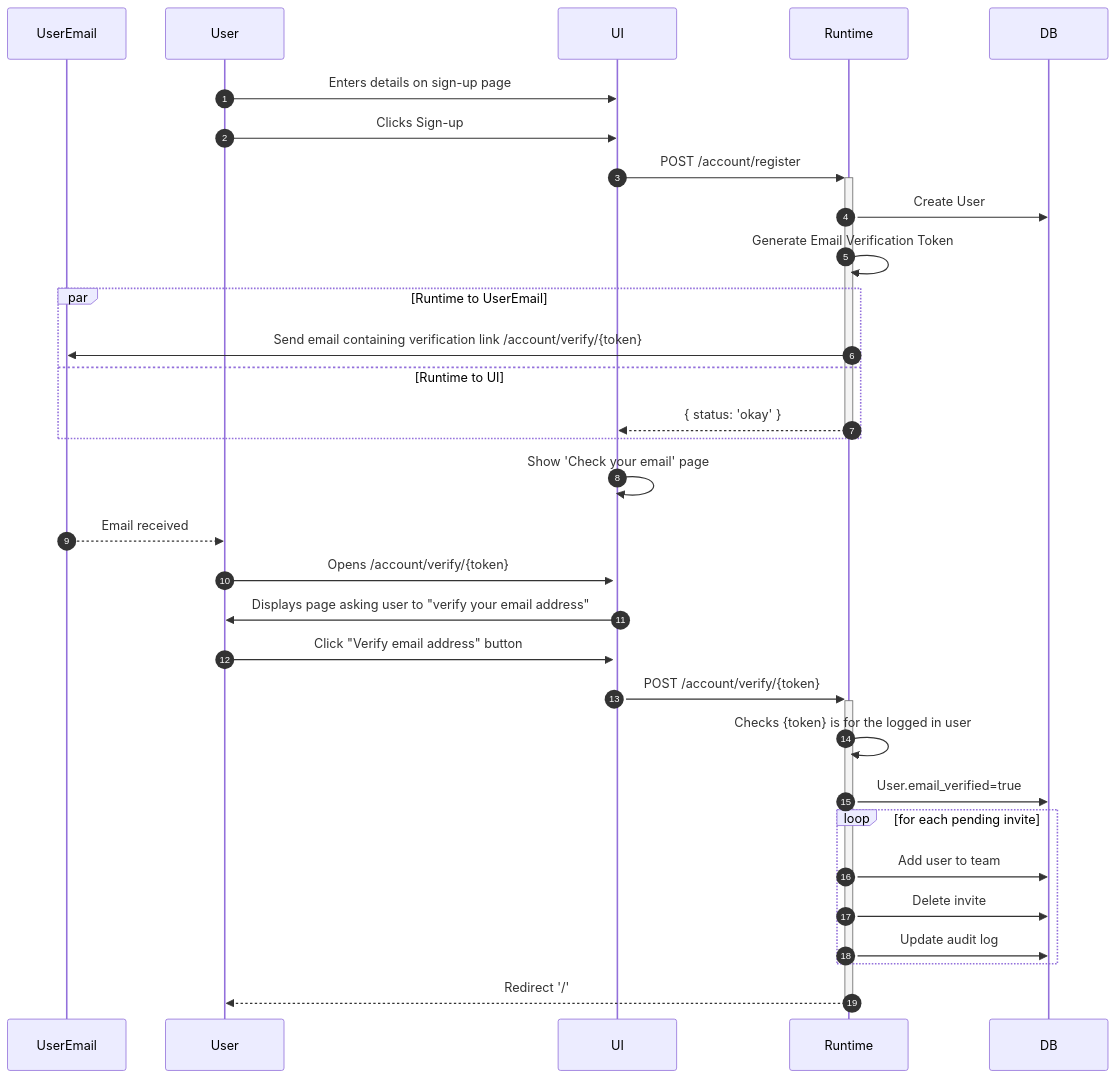
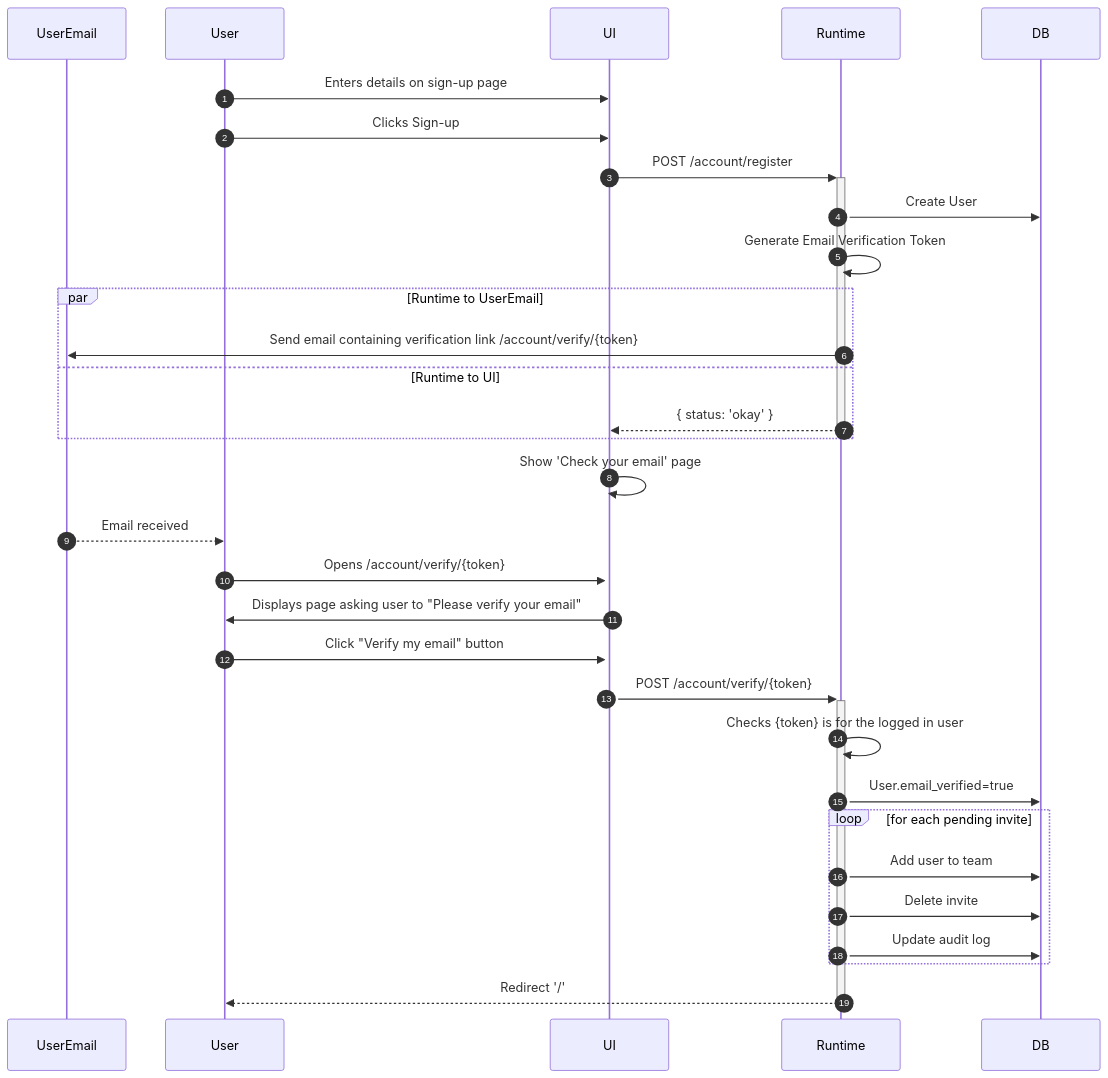
One commit to FlowFuse/flowfuse changed the diagram in docs/contribute/workflows/signup.md. Above: the diagram before and after it, drawn with Mermaid.

Commit message:
update mermaid doc

````diff
--- a/docs/contribute/workflows/signup.md
+++ b/docs/contribute/workflows/signup.md
@@ -7,35 +7,35 @@
 ```mermaid
 sequenceDiagram
     %% https://mermaid.live/edit#pako:eNp9VWtv4joQ_SsWV6t-2GVb0gIp0l0JSHiHQB4UUKXIxCaYJHZwHAit9r-vA7SX7fYun0LmzJkzMyf2a8lnCJcapRTvMkx9rBEYcBg_UyB_X76AjRBJ2ri9jTGPIUHfI7LHtxgR8U8CQ9bA4914pisTZducena6nb9sUzerWVk0uCd2Yj7lPdutOUN48Fo2bznrSqtDJh5OrTFbdCJhLuaGWs-rq0pVXRqD_rIVvZS1LOjwjbsfLdW5Ege9g4dro5Y3fdmr9fq2Yu-ICQ-PkSbyVg1pMa7VofmgEW20cZ7qFU88VnVPSxj3Vg97nqs9UZvl65dkN8ujsJtNKqyjO97U3DYhhdu7Sc9SuDpdqXeEW2Y76Oadje-uO5u9T4NcyfJg6s4PG61-iIeCauXJHj1M4T4yRnZ-3Obj1s4aTtZ3eDwW0Na9psMR2x1WCokdGE_nFcuvLnr3IoeoHC2qm9DdtWdBjUBjwDqwZjHzToXiLlW8eGYmztF_snK16pSN4Q51XdSbdyzqvEBDtajpl7NmHidZ71EzVs5Yh9FAqXZWI_1lrWhKGk6sabfc7mHoO7P7yaJsHo_6Uhs1E7dVtR1Jozs7FcG9v-4Gyx3kyOWxqNbz_jyBTwMeOEfDZY7vz6bpk-VNKq25Nq61k1xbE9WgStOzDTevTnAzavvhrKUYVtQ3BcMdpT1UEli1AzTg94OI5e2obKsdT9tGnfKjAw3EV100DCc-1zU1zLuKy9aRgVd1w4rva7aKzVHutaP1dLla9NN55ZAvZW-mj5faMFdDulgG3c0LPFq7iO2takwqcaTYkxU7uiiMa-7iYM23huNU1cMRJ44_3jzxx3506M96odVtpsc6VNF623-gFeexszuMhswL1AWHro28YLjw-_b87HmYCUazeIX5-X8CuSA-SSAVwNUBTIGbYq7LjyH6BGC_AT6J9f98ZzkF3sqoIDH-M6y1zu9cu_zjh9tvAJ0KzFOAsJDlU8AoSElAy1ki0wL8AdyOiB-mwD4jLsG-DH61nAaYmLYDbqHvM1n9luOApOJNtuVIlNaSFBxDga8aOkWK9C6mmBex0yTADHOyJj4URGpyWIjpezdv7QHBPo7undHVG8DGFAF8YvMZlQ1SQgOwvyaOCA3_03wKHW9fRVHu52V7kuO6Xv-3QrJSuZjMK0gFFFnaADcshMcbcMmWCp7p1aAKrL1hB3DT3mA_BEeW8bPEm-uB6wWxazcus-DYx_KURFfr-FowmQmm6d_ln6tKJo2kSQSP6amM9EhYzCKT0yu6ei6dc6_0AIgQx2n6XPrMBDJjds74AAarTEi7_90bnwl998FpMCm4BAFJwZpJkRsMIhYEGAFCT7o_GKswwveTGO-8YYz-FTy7TDRiLDnxyJNsA-TYUNE-oXsi8AfnFGRNhN5nI_Db5fUbRMMRlmb9Xwo3QYWZYSZvtkL5lR-uvSM3Y8nLT25YgJvbm2da-la63IzyDn0twM8l2bz8mEsN-YggD4uV_JS47FRClwUYLzXWMErxt1Jx2thH6pcaRfdvoMslfEH9_AUC2oYO
     autonumber
     participant UE as UserEmail
     participant US as User
     participant UI
     participant RT as Runtime
     participant DB
     US->>UI: Enters details on sign-up page
     US->>UI: Clicks Sign-up
     UI->>+RT: POST /account/register
     RT->>DB: Create User
     RT->>RT: Generate Email Verification Token
     par Runtime to UserEmail
         RT->>UE: Send email containing verification link /account/verify/{token}
     and Runtime to UI
         RT-->>-UI: { status: 'okay' }
     end
 
     UI->>UI: Show 'Check your email' page
     UE-->>US: Email received
     US->>+UI: Opens /account/verify/{token}
-    UI->>US: Displays page asking user to "verify your email address"
-    US->>UI: Click "Verify email address" button
+    UI->>US: Displays page asking user to "Please verify your email"
+    US->>UI: Click "Verify my email" button
     UI->>+RT: POST /account/verify/{token}
     RT->>RT: Checks {token} is for the logged in user
     RT->>DB: User.email_verified=true
     loop for each pending invite
         RT->>DB: Add user to team
         RT->>DB: Delete invite
         RT->>DB: Update audit log
     end
     RT-->>-US: Redirect '/'
 ```
````
